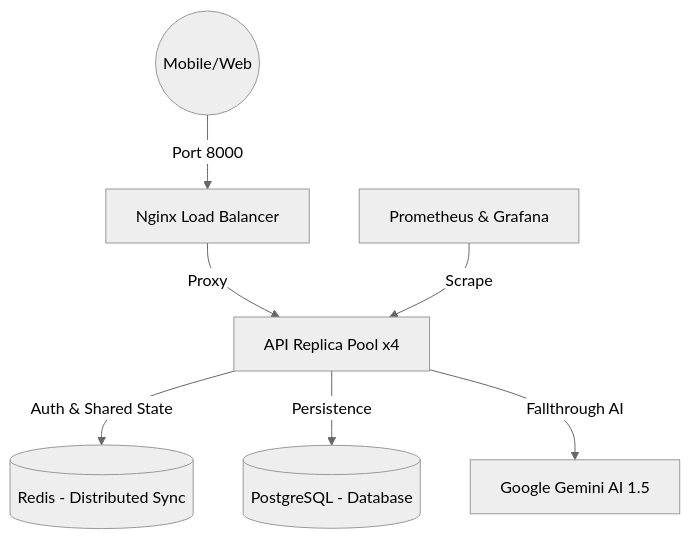
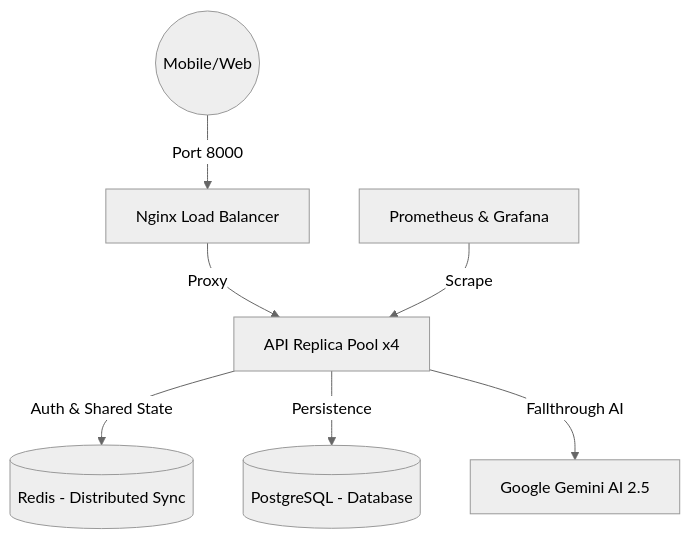
One commit to faiz-jihad/MataCeria changed the diagram in README.md. Above: the diagram before and after it, drawn with Mermaid (neutral theme).

````diff
--- a/README.md
+++ b/README.md
@@ -16,10 +16,10 @@
 ```mermaid
 graph TD
     Client((Mobile/Web)) -->|Port 8000| Nginx[Nginx Load Balancer]
     Nginx -->|Proxy| API_Group[API Replica Pool x4]
     API_Group -->|Auth & Shared State| Redis[(Redis - Distributed Sync)]
     API_Group -->|Persistence| Postgres[(PostgreSQL - Database)]
-    API_Group -->|Fallthrough AI| Gemini[Google Gemini AI 1.5]
+    API_Group -->|Fallthrough AI| Gemini[Google Gemini AI 2.5]
     
     Monitoring[Prometheus & Grafana] -->|Scrape| API_Group
 ```
````
